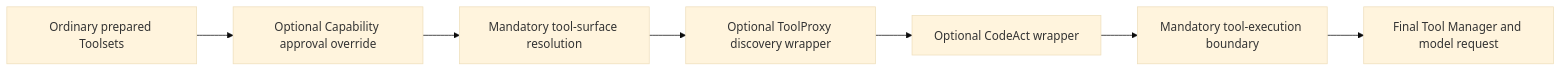
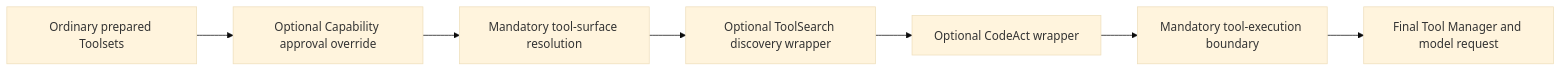
The first of 2 diagrams in spec/a13n-harness/07-tool-execution.md (converge-ai-labs/agent-foundation), drawn with Mermaid (base theme) before and after one commit. The commit also changed other lines of this file and 94 other files, not shown here.

First line of the commit message:
feat(harness)!: unify grouped tool discovery under ToolSearch

````diff
--- a/spec/a13n-harness/07-tool-execution.md
+++ b/spec/a13n-harness/07-tool-execution.md
@@ -118,9 +118,9 @@
 ```mermaid
 flowchart LR
     Candidates[Ordinary prepared Toolsets] --> Permissions[Optional Capability approval override]
     Permissions --> Surface[Mandatory tool-surface resolution]
-    Surface --> Proxy[Optional ToolProxy discovery wrapper]
+    Surface --> Proxy[Optional ToolSearch discovery wrapper]
     Proxy --> CodeAct[Optional CodeAct wrapper]
     CodeAct --> Boundary[Mandatory tool-execution boundary]
     Boundary --> Manager[Final Tool Manager and model request]
 ```
````
